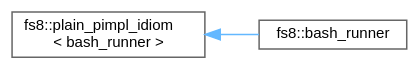
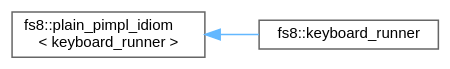
One commit to the-moisrex/foresight changed the diagram in api/inherit_graph_118.dot. Above: the diagram before and after it, drawn with Graphviz. The commit also changed 165 other files, not shown here.

```diff
--- a/api/inherit_graph_118.dot
+++ b/api/inherit_graph_118.dot
@@ -1,11 +1,11 @@
 digraph "Graphical Class Hierarchy"
 {
  // LATEX_PDF_SIZE
   bgcolor="transparent";
   edge [fontname=Helvetica,fontsize=10,labelfontname=Helvetica,labelfontsize=10];
   node [fontname=Helvetica,fontsize=10,shape=box,height=0.2,width=0.4];
   rankdir="LR";
-  Node0 [id="Node000000",label="fs8::plain_pimpl_idiom\l\< bash_runner \>",height=0.2,width=0.4,color="grey40", fillcolor="white", style="filled",URL="$structfs8_1_1plain__pimpl__idiom.html",tooltip=" "];
-  Node0 -> Node1 [id="edge147_Node000000_Node000001",dir="back",color="steelblue1",style="solid",tooltip=" "];
-  Node1 [id="Node000001",label="fs8::bash_runner",height=0.2,width=0.4,color="grey40", fillcolor="white", style="filled",URL="$structfs8_1_1bash__runner.html",tooltip=" "];
+  Node0 [id="Node000000",label="fs8::plain_pimpl_idiom\l\< keyboard_runner \>",height=0.2,width=0.4,color="grey40", fillcolor="white", style="filled",URL="$structfs8_1_1plain__pimpl__idiom.html",tooltip=" "];
+  Node0 -> Node1 [id="edge149_Node000000_Node000001",dir="back",color="steelblue1",style="solid",tooltip=" "];
+  Node1 [id="Node000001",label="fs8::keyboard_runner",height=0.2,width=0.4,color="grey40", fillcolor="white", style="filled",URL="$structfs8_1_1keyboard__runner.html",tooltip=" "];
 }
```
